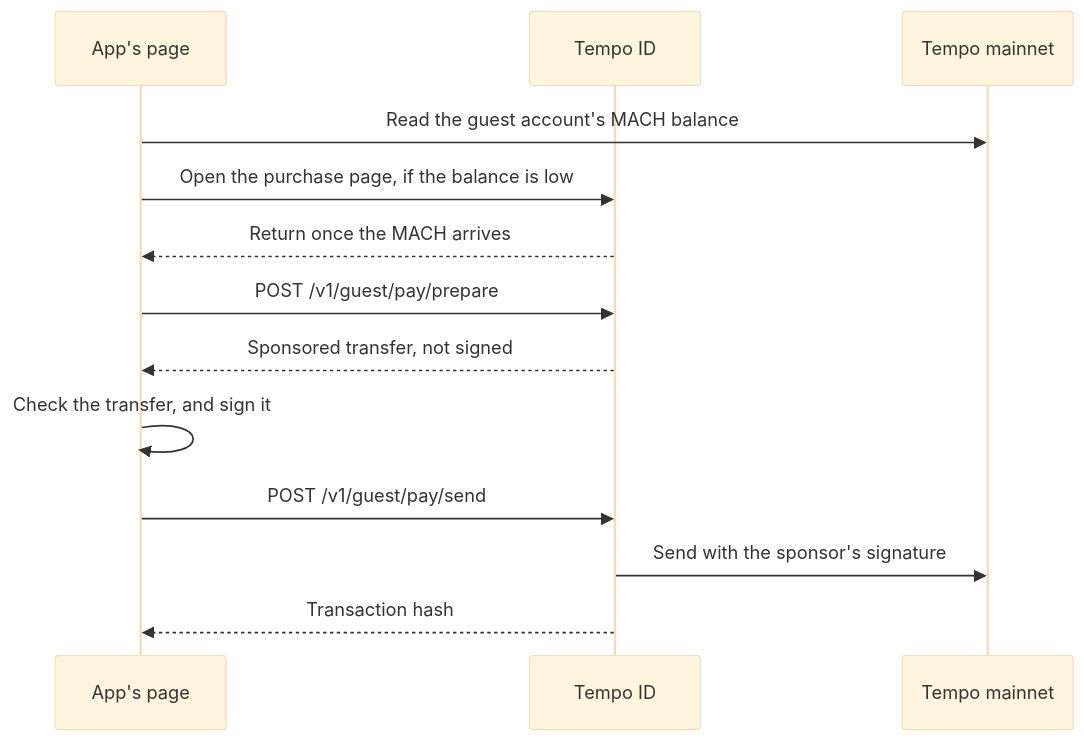
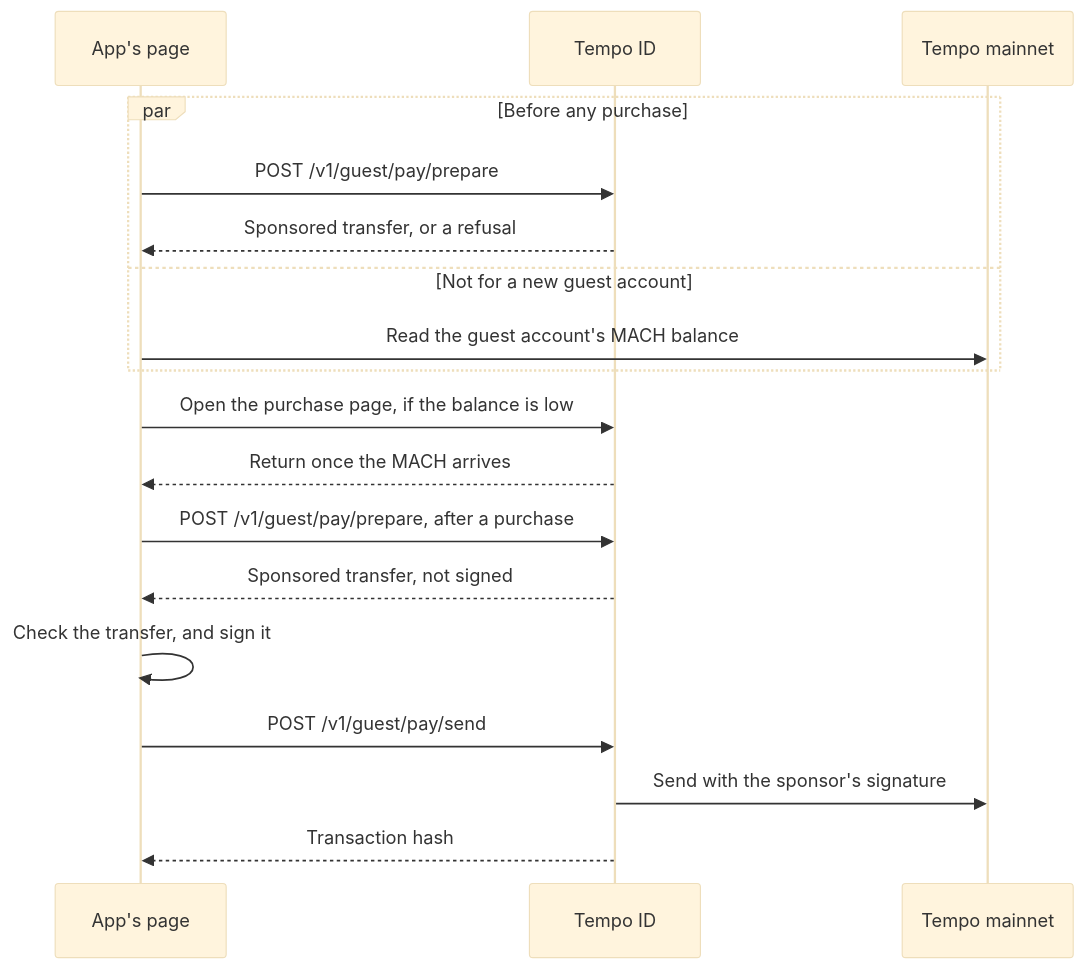
One commit to tempoxyz/accounts changed the diagram in site/src/pages/docs/guides/payments/guest.mdx. Above: the diagram before and after it, drawn with Mermaid (base theme). The commit also changed other lines of this file and 3 other files, not shown here.

First line of the commit message:
fix(pay): prepare a new guest payment before the purchase

````diff
--- a/site/src/pages/docs/guides/payments/guest.mdx
+++ b/site/src/pages/docs/guides/payments/guest.mdx
@@ -13,15 +13,20 @@
 ```mermaid
 sequenceDiagram
   participant App as App's page
   participant ID as Tempo ID
   participant Chain as Tempo mainnet
-  App->>Chain: Read the guest account's MACH balance
+  par Before any purchase
+    App->>ID: POST /v1/guest/pay/prepare
+    ID-->>App: Sponsored transfer, or a refusal
+  and Not for a new guest account
+    App->>Chain: Read the guest account's MACH balance
+  end
   App->>ID: Open the purchase page, if the balance is low
   ID-->>App: Return once the MACH arrives
-  App->>ID: POST /v1/guest/pay/prepare
+  App->>ID: POST /v1/guest/pay/prepare, after a purchase
   ID-->>App: Sponsored transfer, not signed
   App->>App: Check the transfer, and sign it
   App->>ID: POST /v1/guest/pay/send
   ID->>Chain: Send with the sponsor's signature
   ID-->>App: Transaction hash
 ```
````
